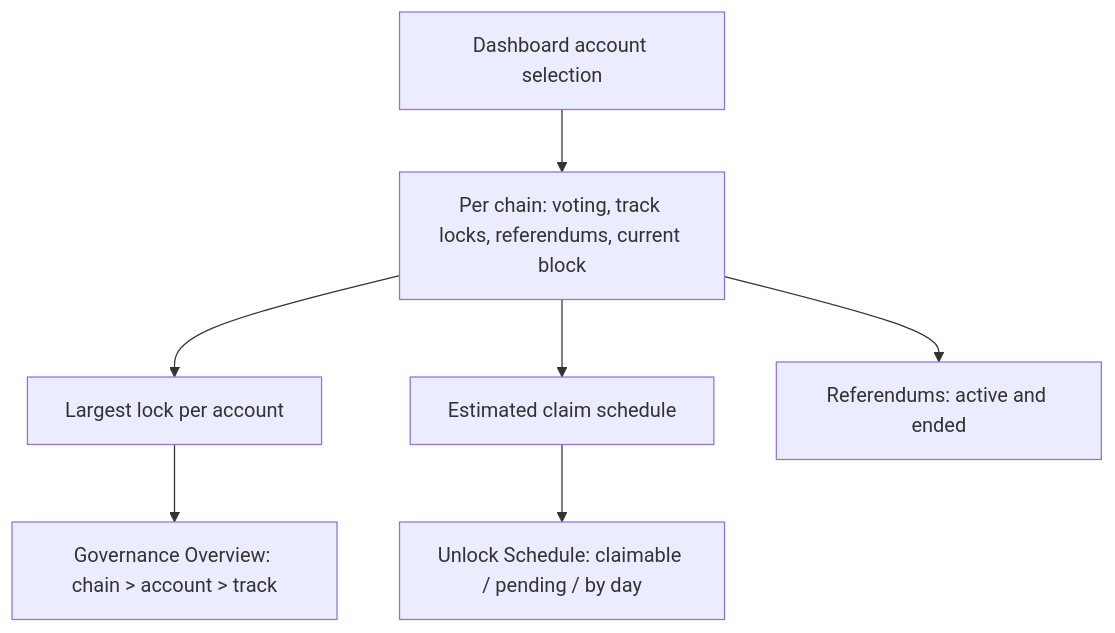
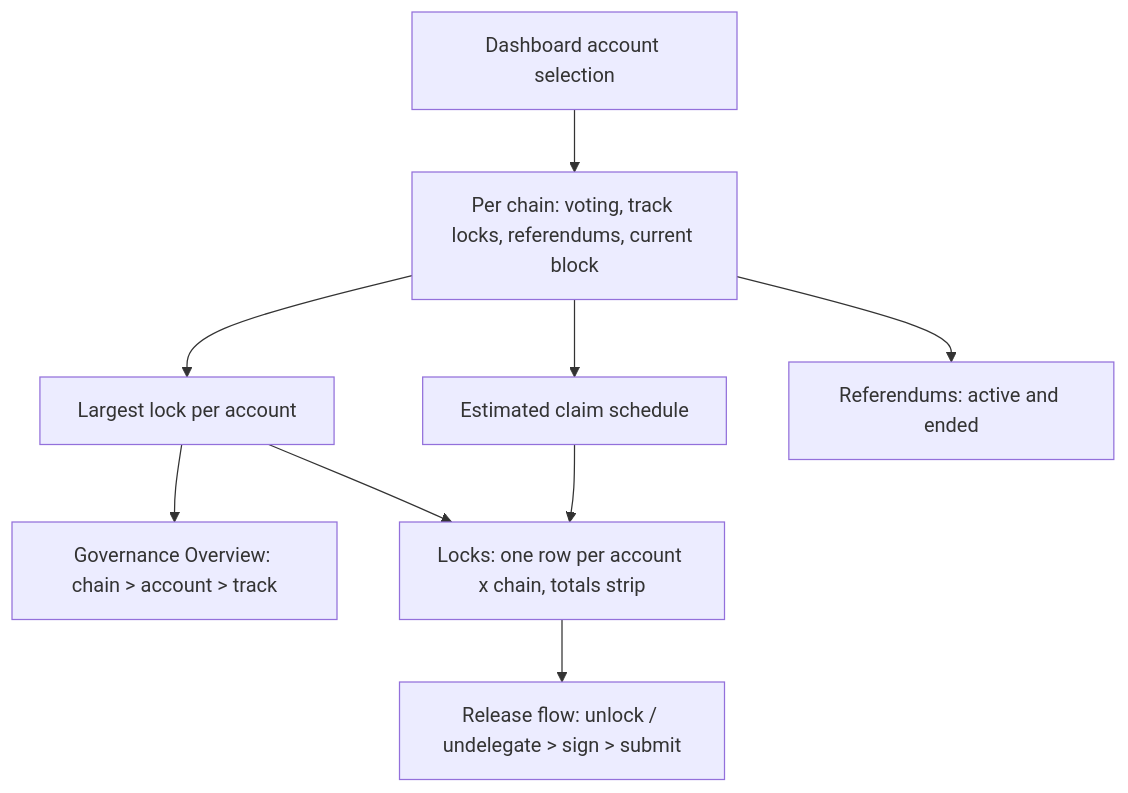
One commit to novasamatech/nova-spektr changed the diagram in src/renderer/features/dashboard-governance/README.md. Above: the diagram before and after it, drawn with Mermaid. The commit also changed other lines of this file and 87 other files, not shown here.

First line of the commit message:
feat(dashboard): governance tab referenda hero, locks widget with undelegate and unlock flow (#6015)

````diff
--- a/src/renderer/features/dashboard-governance/README.md
+++ b/src/renderer/features/dashboard-governance/README.md
@@ -95,9 +185,11 @@
 ```mermaid
 flowchart TD
     SEL["Dashboard account selection"] --> CHAIN["Per chain: voting, track locks, referendums, current block"]
     CHAIN --> LOCK["Largest lock per account"]
     CHAIN --> SCHED["Estimated claim schedule"]
     LOCK --> OVER["Governance Overview: chain > account > track"]
-    SCHED --> UNLOCK["Unlock Schedule: claimable / pending / by day"]
     CHAIN --> REFS["Referendums: active and ended"]
+    LOCK --> ROWS["Locks: one row per account x chain, totals strip"]
+    SCHED --> ROWS
+    ROWS --> FLOW["Release flow: unlock / undelegate > sign > submit"]
 ```
````
